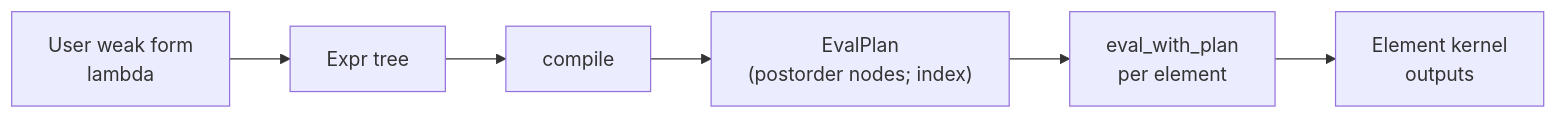
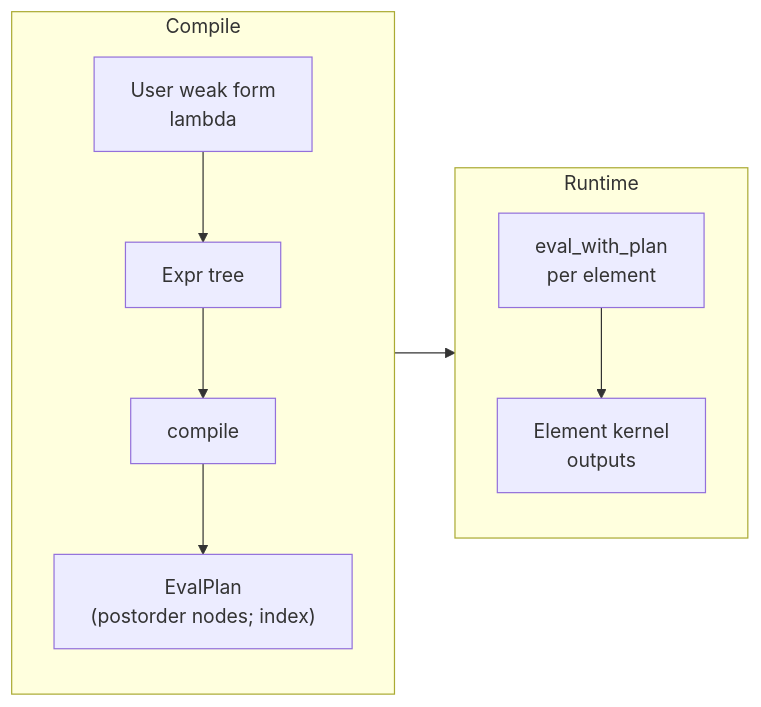
One commit to kevin-tofu/fluxfem changed the diagram in README.md. Above: the diagram before and after it, drawn with Mermaid.

````diff
--- a/README.md
+++ b/README.md
@@ -48,8 +48,20 @@
 ```mermaid
 flowchart LR
-  A["User weak form<br/>lambda"] --> B["Expr tree"]
-  B --> C["compile"]
-  C --> D["EvalPlan<br/>(postorder nodes; index)"]
-  D --> E["eval_with_plan<br/>per element"]
-  E --> F["Element kernel<br/>outputs"]
+  subgraph Compile
+    direction TB
+    A["User weak form<br/>lambda"]
+    B["Expr tree"]
+    C["compile"]
+    D["EvalPlan<br/>(postorder nodes; index)"]
+    A --> B --> C --> D
+  end
+
+  subgraph Runtime
+    direction TB
+    E["eval_with_plan<br/>per element"]
+    F["Element kernel<br/>outputs"]
+    E --> F
+  end
+
+  D --> E
 ```
````
